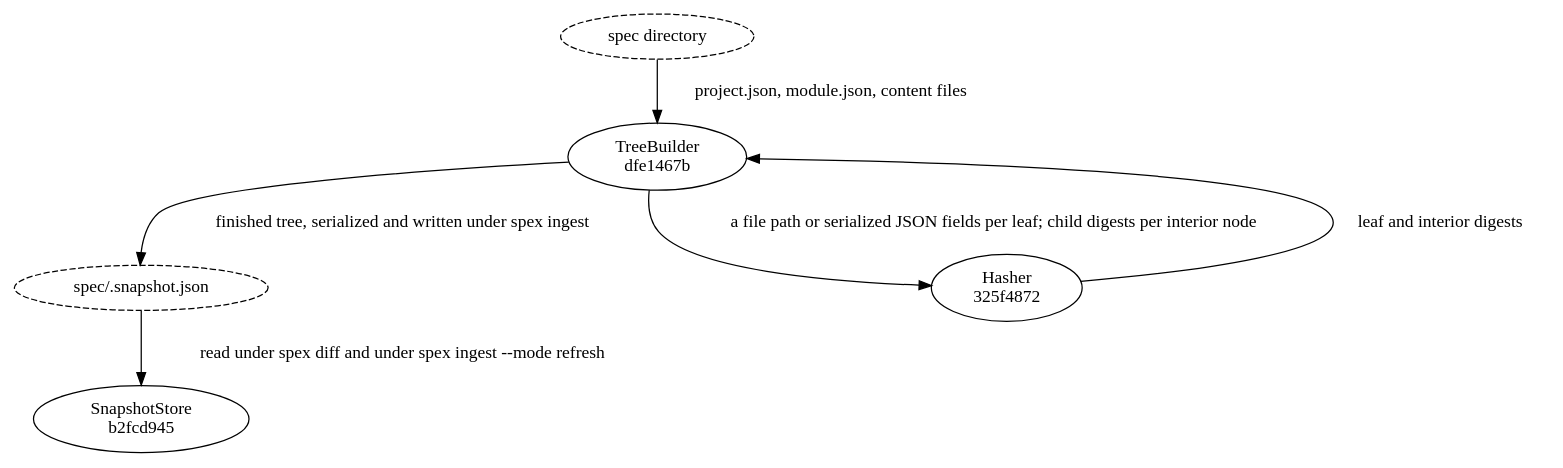
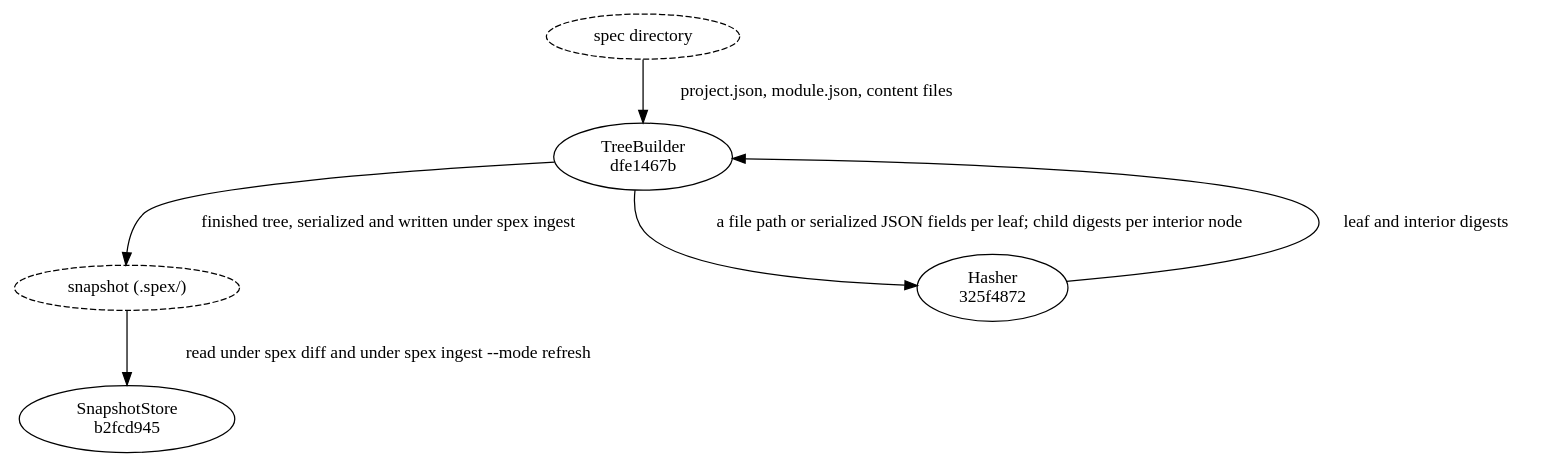
The diagram in spec/merkle/flow_hash_computation.md (dmitriyb/spexmachina), drawn with Graphviz before and after one commit. The commit also changed other lines of this file and 54 other files, not shown here.

First line of the commit message:
spec: apply project-lifecycle — .spex/ state dir, init/doctor, absence is an error

````diff
--- a/spec/merkle/flow_hash_computation.md
+++ b/spec/merkle/flow_hash_computation.md
@@ -17,15 +17,15 @@
 ```dot
 digraph hash_computation {
     "spec directory"      [style=dashed];
-    "spec/.snapshot.json" [style=dashed];
+    "snapshot (.spex/)"   [style=dashed];
     "dfe1467b7a4b"        [label="TreeBuilder\ndfe1467b"];
     "325f48728e04"        [label="Hasher\n325f4872"];
     "b2fcd9457a28"        [label="SnapshotStore\nb2fcd945"];
 
     "spec directory"      -> "dfe1467b7a4b" [label="project.json, module.json, content files"];
     "dfe1467b7a4b"        -> "325f48728e04" [label="a file path or serialized JSON fields per leaf; child digests per interior node"];
     "325f48728e04"        -> "dfe1467b7a4b" [label="leaf and interior digests"];
-    "dfe1467b7a4b"        -> "spec/.snapshot.json" [label="finished tree, serialized and written under spex ingest"];
-    "spec/.snapshot.json" -> "b2fcd9457a28" [label="read under spex diff and under spex ingest --mode refresh"];
+    "dfe1467b7a4b"        -> "snapshot (.spex/)" [label="finished tree, serialized and written under spex ingest"];
+    "snapshot (.spex/)"   -> "b2fcd9457a28" [label="read under spex diff and under spex ingest --mode refresh"];
 }
 ```
````
